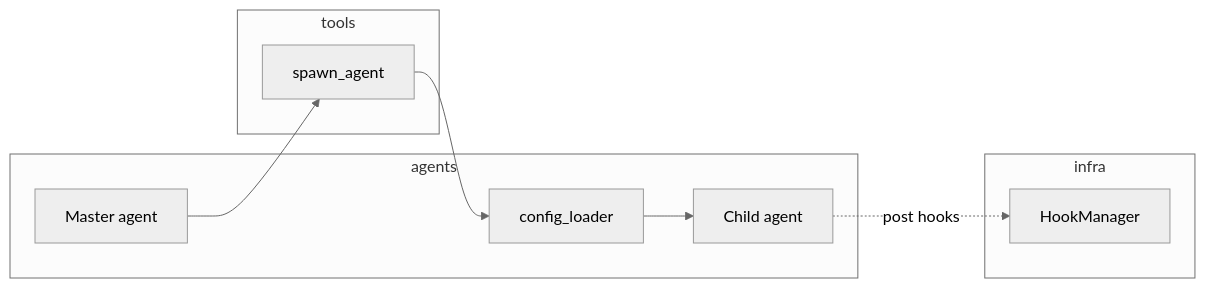
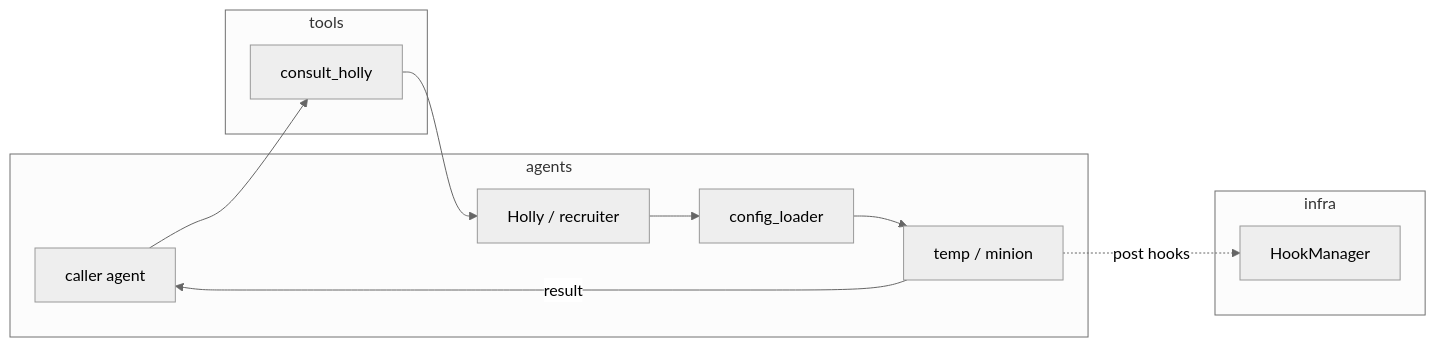
One commit to VENKATESHWARAN-R/dunder-mifflin-harness changed diagram 17 of 33 in docs/ROADMAP.md. Above: the diagram before and after it, drawn with Mermaid (neutral theme). The commit also changed other lines of this file and 2 other files, not shown here.

First line of the commit message:
docs: update ROADMAP.md and lab/README.md to reflect recent changes in agent roles and planning structure

````diff
--- a/docs/ROADMAP.md
+++ b/docs/ROADMAP.md
@@ -619,16 +683,18 @@
 ```mermaid
 flowchart LR
   subgraph agents[agents]
-    m[Master agent]
+    caller[caller agent]
+    holly[Holly / recruiter]
     fac[config_loader]
-    c[Child agent]
+    minion[temp / minion]
   end
   subgraph tools[tools]
-    sa[spawn_agent]
+    ch[consult_holly]
   end
   subgraph infra[infra]
     hm[HookManager]
   end
-  m --> sa --> fac --> c
-  c -.post hooks.-> hm
+  caller --> ch --> holly --> fac --> minion
+  minion -.post hooks.-> hm
+  minion -->|result| caller
 ```
````
